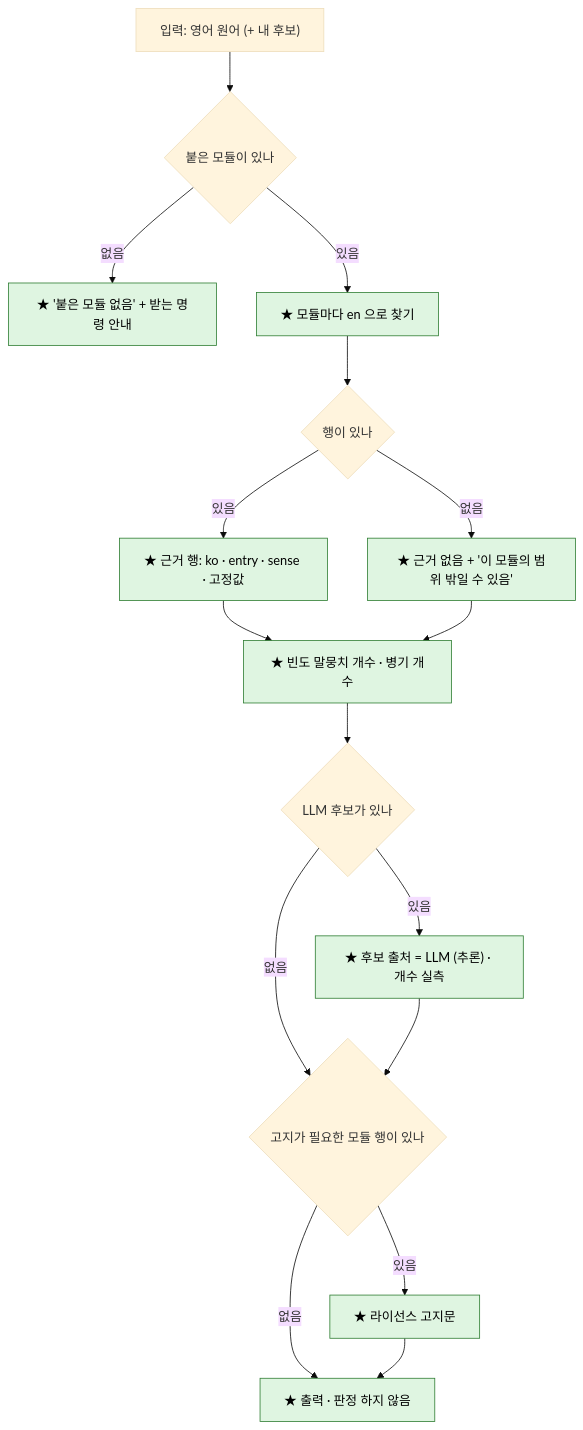
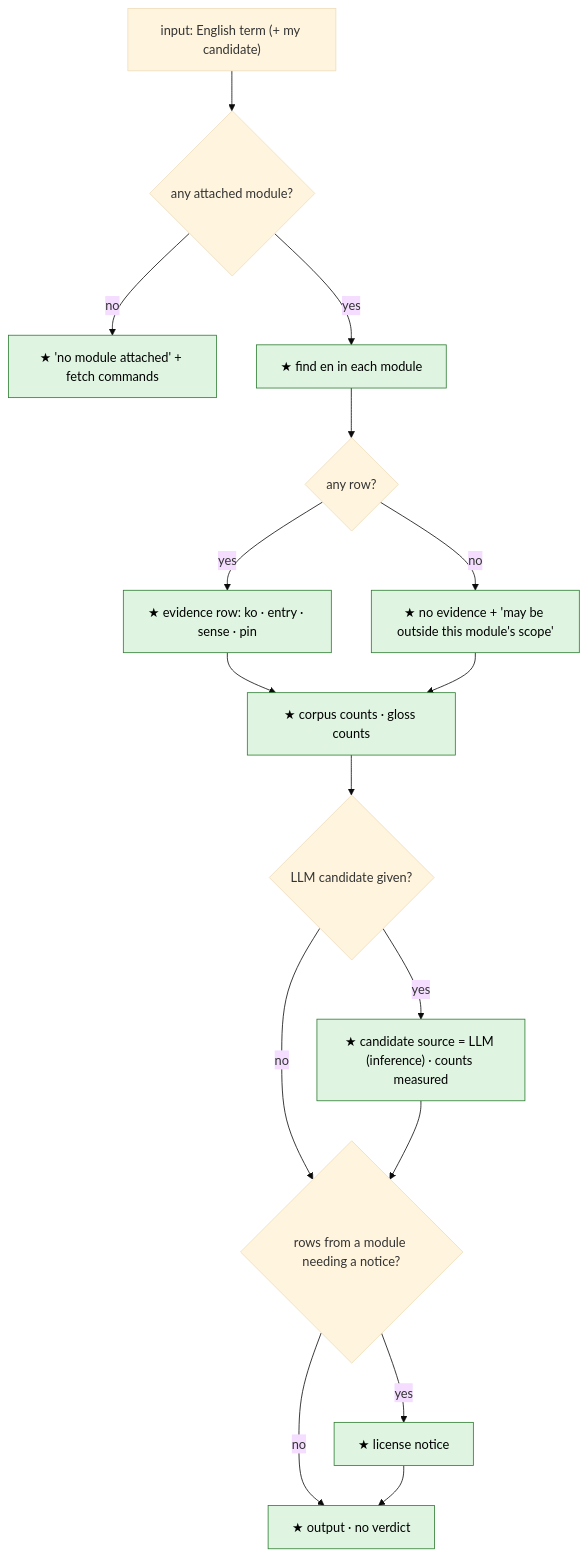
Before and after one commit to DogGuyMan/Agent-Report-Build-Pipeline: the eighth of 9 diagrams in docs/superpowers/plans/2026-10-28-ko-dev-terms.md, drawn with Mermaid (base theme). The commit also changed other lines of this file and 1 other file, not shown here.

````diff
--- a/docs/superpowers/plans/2026-10-28-ko-dev-terms.md
+++ b/docs/superpowers/plans/2026-10-28-ko-dev-terms.md
@@ -335,20 +343,20 @@
 ```mermaid
 flowchart TD
-    I["입력: 영어 원어 (+ 내 후보)"] --> M{"붙은 모듈이 있나"}
-    M -- 없음 --> N["★ '붙은 모듈 없음' + 받는 명령 안내"]
-    M -- 있음 --> E["★ 모듈마다 en 으로 찾기"]
-    E --> H{"행이 있나"}
-    H -- 있음 --> R["★ 근거 행: ko · entry · sense · 고정값"]
-    H -- 없음 --> Z["★ 근거 없음 + '이 모듈의 범위 밖일 수 있음'"]
-    R --> K["★ 빈도 말뭉치 개수 · 병기 개수"]
+    I["input: English term (+ my candidate)"] --> M{"any attached module?"}
+    M -- no --> N["★ 'no module attached' + fetch commands"]
+    M -- yes --> E["★ find en in each module"]
+    E --> H{"any row?"}
+    H -- yes --> R["★ evidence row: ko · entry · sense · pin"]
+    H -- no --> Z["★ no evidence + 'may be outside this module's scope'"]
+    R --> K["★ corpus counts · gloss counts"]
     Z --> K
-    K --> L{"LLM 후보가 있나"}
-    L -- 있음 --> LL["★ 후보 출처 = LLM (추론) · 개수 실측"]
-    L -- 없음 --> G
-    LL --> G{"고지가 필요한 모듈 행이 있나"}
-    G -- 있음 --> GL["★ 라이선스 고지문"]
-    G -- 없음 --> O
-    GL --> O["★ 출력 · 판정 하지 않음"]
+    K --> L{"LLM candidate given?"}
+    L -- yes --> LL["★ candidate source = LLM (inference) · counts measured"]
+    L -- no --> G
+    LL --> G{"rows from a module needing a notice?"}
+    G -- yes --> GL["★ license notice"]
+    G -- no --> O
+    GL --> O["★ output · no verdict"]
     classDef new fill:#dff5e1,stroke:#2e7d32,color:#000
     class N,E,R,Z,K,LL,GL,O new
 ```
````
